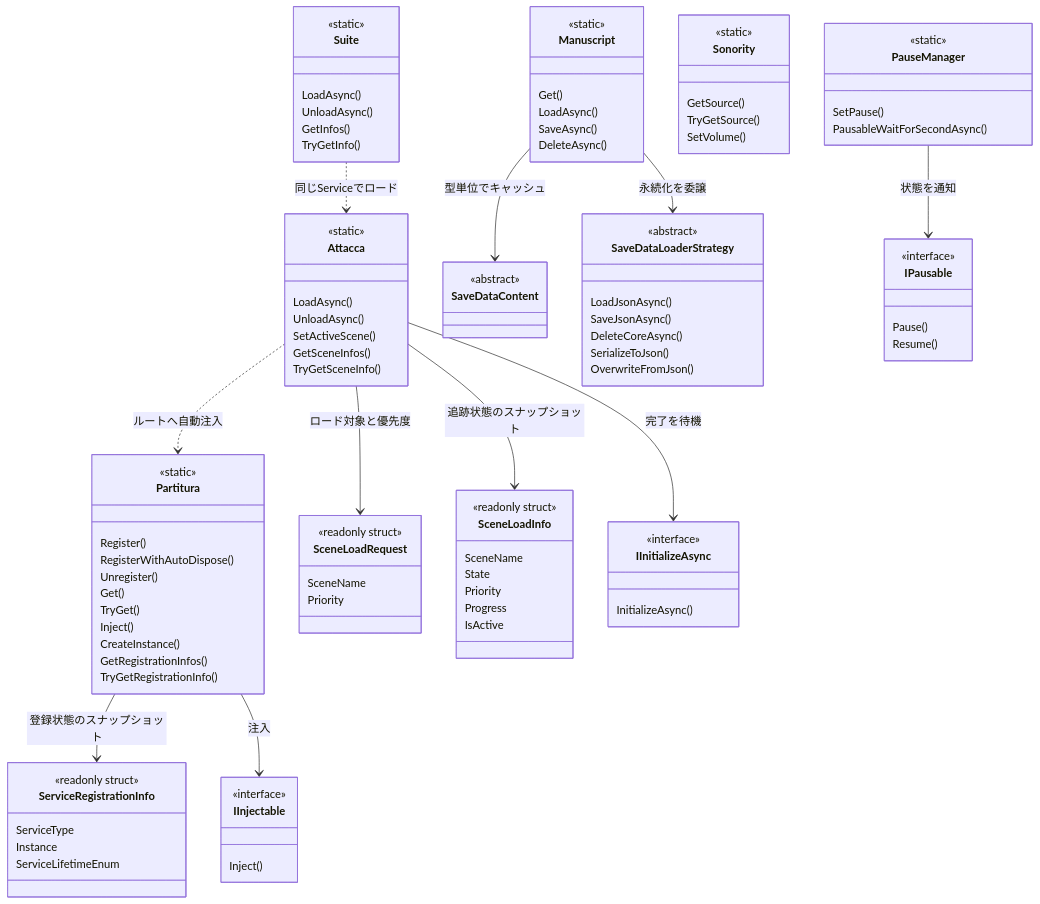
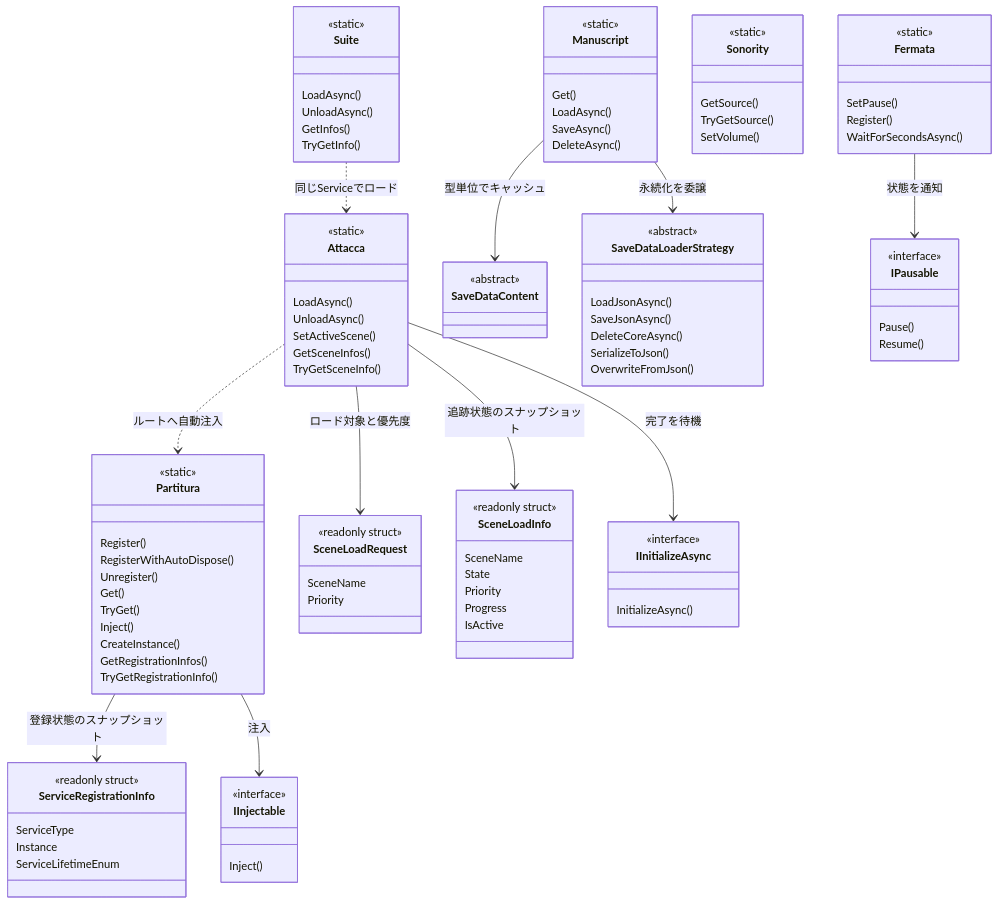
One commit to HIBIKI5201/SymphonyWorkspace changed the third of 9 diagrams in Documentation/ModuleInternals.md. Above: the diagram before and after it, drawn with Mermaid. The commit also changed other lines of this file and 5 other files, not shown here.

````diff
--- a/Documentation/ModuleInternals.md
+++ b/Documentation/ModuleInternals.md
@@ -134,10 +134,11 @@
         TryGetSource()
         SetVolume()
     }
-    class PauseManager {
+    class Fermata {
         <<static>>
         SetPause()
-        PausableWaitForSecondAsync()
+        Register()
+        WaitForSecondsAsync()
     }
     class IPausable {
         <<interface>>
@@ -154,5 +155,5 @@
     Suite ..> Attacca : 同じServiceでロード
     Manuscript --> SaveDataContent : 型単位でキャッシュ
     Manuscript --> SaveDataLoaderStrategy : 永続化を委譲
-    PauseManager --> IPausable : 状態を通知
+    Fermata --> IPausable : 状態を通知
 ```
````
